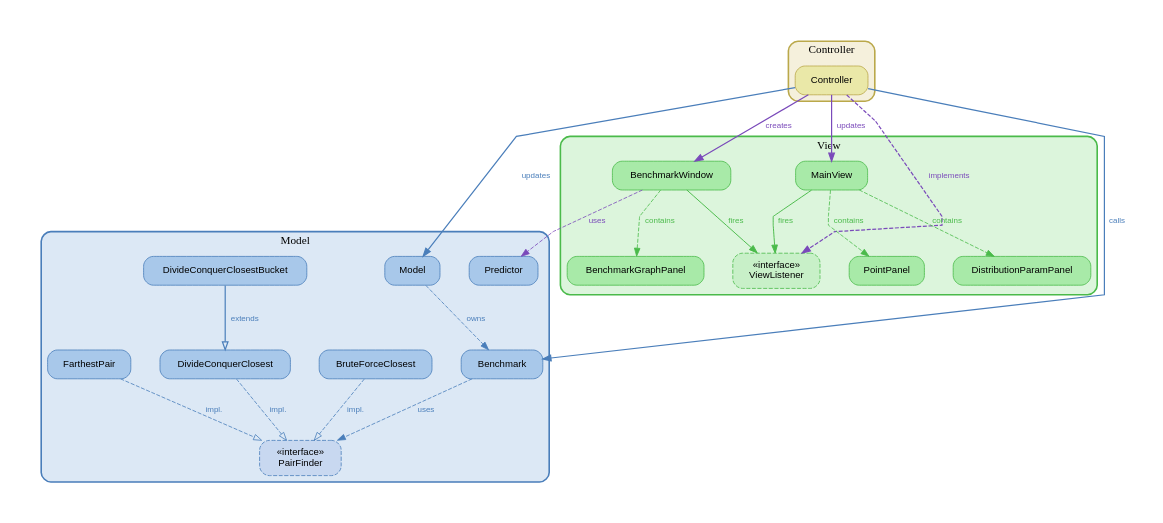
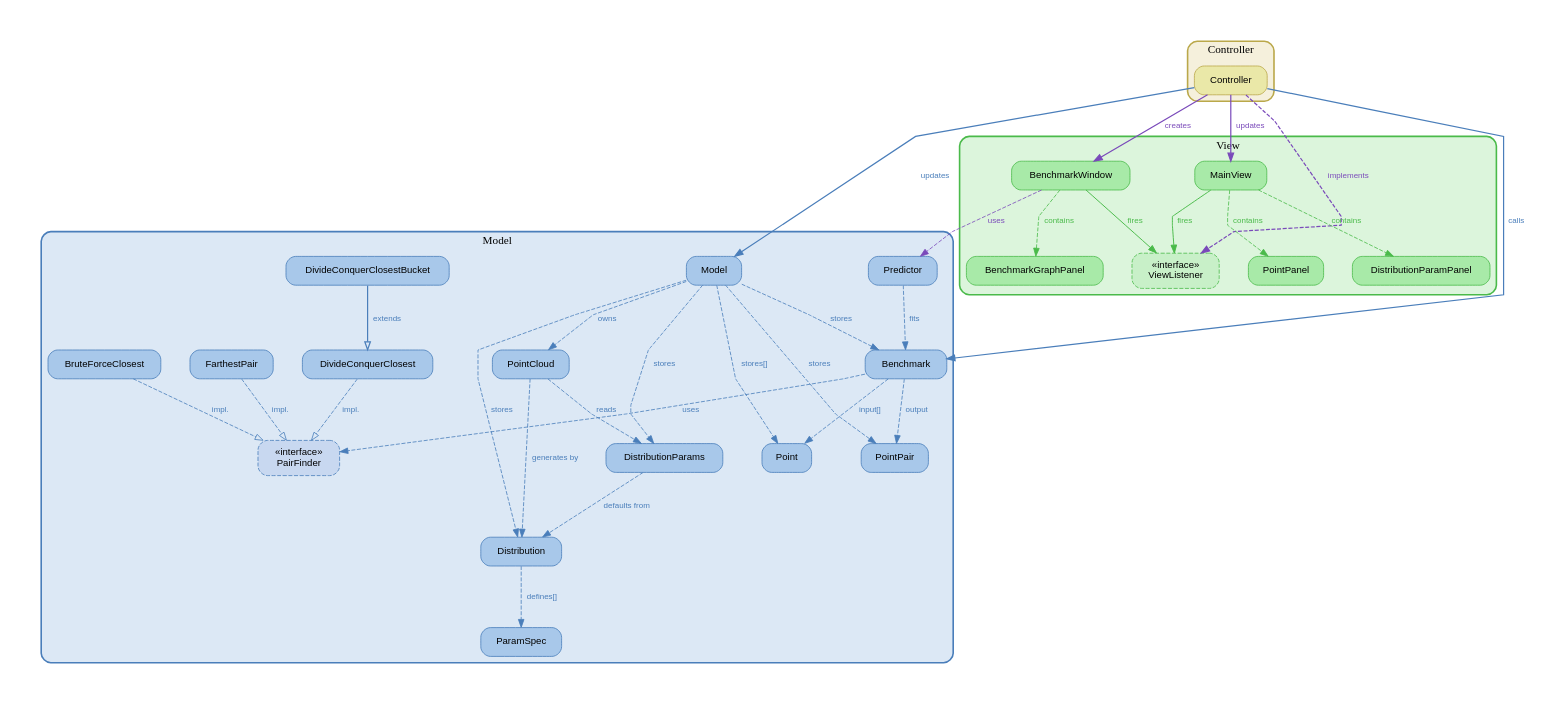
One commit to serafi-nebot-uib/AA changed the diagram in P3/memoria/mvc.dot. Above: the diagram before and after it, drawn with Graphviz. The commit also changed 16 other files, not shown here.

```diff
--- a/P3/memoria/mvc.dot
+++ b/P3/memoria/mvc.dot
@@ -1,96 +1,119 @@
 digraph MVC {
     graph [
         bgcolor="#ffffff"
         fontname="Helvetica"
         splines=polyline
         nodesep=0.5
         ranksep=0.9
         pad=0.5
         rankdir=TB
     ]
     node [
         fontname="Helvetica"
         fontsize=12
         style="filled,rounded"
         shape=box
         margin="0.22,0.13"
     ]
     edge [
         fontname="Helvetica"
         fontsize=10
     ]
 
     // ── CONTROLLER ─────────────────────────────────────────
     subgraph cluster_controller {
         label="Controller"
         fontsize=14
         fontname="Helvetica Bold"
         style="filled,rounded"
         fillcolor="#f5f0dc"
         color="#baa84a"
         penwidth=2
 
         Controller [label="Controller", fillcolor="#eae8a8", color="#baa84a"]
     }
 
     // ── MODEL ──────────────────────────────────────────────
     subgraph cluster_model {
         label="Model"
         fontsize=14
         fontname="Helvetica Bold"
         style="filled,rounded"
         fillcolor="#dce8f5"
         color="#4a7eba"
         penwidth=2
 
-        Model      [label="Model",                       fillcolor="#a8c8ea", color="#4a7eba"]
-        Benchmark  [label="Benchmark",                   fillcolor="#a8c8ea", color="#4a7eba"]
-        Predictor  [label="Predictor",                   fillcolor="#a8c8ea", color="#4a7eba"]
-        PairFinder [label="«interface»\nPairFinder",     fillcolor="#c8d8f0", color="#4a7eba", style="filled,rounded,dashed"]
-        Brute      [label="BruteForceClosest",           fillcolor="#a8c8ea", color="#4a7eba"]
-        DC         [label="DivideConquerClosest",        fillcolor="#a8c8ea", color="#4a7eba"]
-        DCBucket   [label="DivideConquerClosestBucket",  fillcolor="#a8c8ea", color="#4a7eba"]
-        Farthest   [label="FarthestPair",                fillcolor="#a8c8ea", color="#4a7eba"]
+        Model       [label="Model",                       fillcolor="#a8c8ea", color="#4a7eba"]
+        PointCloud  [label="PointCloud",                  fillcolor="#a8c8ea", color="#4a7eba"]
+        Dist        [label="Distribution",                fillcolor="#a8c8ea", color="#4a7eba"]
+        DistParams  [label="DistributionParams",          fillcolor="#a8c8ea", color="#4a7eba"]
+        ParamSpec   [label="ParamSpec",                   fillcolor="#a8c8ea", color="#4a7eba"]
+        Point       [label="Point",                       fillcolor="#a8c8ea", color="#4a7eba"]
+        PointPair   [label="PointPair",                   fillcolor="#a8c8ea", color="#4a7eba"]
+
+        Benchmark   [label="Benchmark",                   fillcolor="#a8c8ea", color="#4a7eba"]
+        Predictor   [label="Predictor",                   fillcolor="#a8c8ea", color="#4a7eba"]
+        PairFinder  [label="«interface»\nPairFinder",     fillcolor="#c8d8f0", color="#4a7eba", style="filled,rounded,dashed"]
+        Brute       [label="BruteForceClosest",           fillcolor="#a8c8ea", color="#4a7eba"]
+        DC          [label="DivideConquerClosest",        fillcolor="#a8c8ea", color="#4a7eba"]
+        DCBucket    [label="DivideConquerClosestBucket",  fillcolor="#a8c8ea", color="#4a7eba"]
+        Farthest    [label="FarthestPair",                fillcolor="#a8c8ea", color="#4a7eba"]
+
     }
 
     // ── VIEW ───────────────────────────────────────────────
     subgraph cluster_view {
         label="View"
         fontsize=14
         fontname="Helvetica Bold"
         style="filled,rounded"
         fillcolor="#dcf5dc"
         color="#4aba4a"
         penwidth=2
 
         ViewListener      [label="«interface»\nViewListener",      fillcolor="#c8f0c8", color="#4aba4a", style="filled,rounded,dashed"]
         MainView          [label="MainView",                       fillcolor="#a8eaa8", color="#4aba4a"]
         PointPanel        [label="PointPanel",                     fillcolor="#a8eaa8", color="#4aba4a"]
         BenchmarkWindow   [label="BenchmarkWindow",                fillcolor="#a8eaa8", color="#4aba4a"]
         BenchmarkGraph    [label="BenchmarkGraphPanel",            fillcolor="#a8eaa8", color="#4aba4a"]
         DistParam         [label="DistributionParamPanel",         fillcolor="#a8eaa8", color="#4aba4a"]
     }
 
     // ── EDGES: Controller ──────────────────────────────────
     Controller -> ViewListener [label="  implements", color="#7a4aba", fontcolor="#7a4aba", penwidth=1.5, style=dashed]
     Controller -> MainView     [label="  updates",    color="#7a4aba", fontcolor="#7a4aba", penwidth=1.5]
     Controller -> BenchmarkWindow [label="  creates", color="#7a4aba", fontcolor="#7a4aba", penwidth=1.5]
     Controller -> Model        [label="  updates",    color="#4a7eba", fontcolor="#4a7eba", penwidth=1.5]
     Controller -> Benchmark    [label="  calls",      color="#4a7eba", fontcolor="#4a7eba", penwidth=1.5]
 
     // ── EDGES: View ────────────────────────────────────────
     MainView -> ViewListener [label="  fires",    color="#4aba4a", fontcolor="#4aba4a", penwidth=1.2]
     MainView -> PointPanel   [label="  contains", color="#4aba4a", fontcolor="#4aba4a", penwidth=1.0, style=dashed]
     MainView -> DistParam    [label="  contains", color="#4aba4a", fontcolor="#4aba4a", penwidth=1.0, style=dashed]
     BenchmarkWindow -> BenchmarkGraph    [label="  contains", color="#4aba4a", fontcolor="#4aba4a", penwidth=1.0, style=dashed]
     BenchmarkWindow -> ViewListener      [label="  fires",    color="#4aba4a", fontcolor="#4aba4a", penwidth=1.2]
     BenchmarkWindow -> Predictor         [label="  uses",     color="#7a4aba", fontcolor="#7a4aba", penwidth=1.0, style=dashed]
 
     // ── EDGES: Model ───────────────────────────────────────
-    Model     -> Benchmark  [label="  owns",     color="#4a7eba", fontcolor="#4a7eba", penwidth=1.0, style=dashed]
-    Benchmark -> PairFinder [label="  uses",     color="#4a7eba", fontcolor="#4a7eba", penwidth=1.0, style=dashed]
-    Brute     -> PairFinder [label="  impl.",    color="#4a7eba", fontcolor="#4a7eba", penwidth=1.0, style=dashed, arrowhead=empty]
-    DC        -> PairFinder [label="  impl.",    color="#4a7eba", fontcolor="#4a7eba", penwidth=1.0, style=dashed, arrowhead=empty]
-    Farthest  -> PairFinder [label="  impl.",    color="#4a7eba", fontcolor="#4a7eba", penwidth=1.0, style=dashed, arrowhead=empty]
-    DCBucket  -> DC         [label="  extends",  color="#4a7eba", fontcolor="#4a7eba", penwidth=1.5, arrowhead=empty]
+    Model      -> PointCloud [label="  owns",     color="#4a7eba", fontcolor="#4a7eba", penwidth=1.0, style=dashed]
+    Model      -> Dist       [label="  stores",   color="#4a7eba", fontcolor="#4a7eba", penwidth=1.0, style=dashed]
+    Model      -> DistParams [label="  stores",   color="#4a7eba", fontcolor="#4a7eba", penwidth=1.0, style=dashed]
+    Model      -> Point      [label="  stores[]", color="#4a7eba", fontcolor="#4a7eba", penwidth=1.0, style=dashed]
+    Model      -> PointPair  [label="  stores",   color="#4a7eba", fontcolor="#4a7eba", penwidth=1.0, style=dashed]
+    Model      -> Benchmark  [label="  stores",   color="#4a7eba", fontcolor="#4a7eba", penwidth=1.0, style=dashed]
+
+    PointCloud -> Dist       [label="  generates by", color="#4a7eba", fontcolor="#4a7eba", penwidth=1.0, style=dashed]
+    PointCloud -> DistParams [label="  reads",        color="#4a7eba", fontcolor="#4a7eba", penwidth=1.0, style=dashed]
+    Dist       -> ParamSpec  [label="  defines[]",    color="#4a7eba", fontcolor="#4a7eba", penwidth=1.0, style=dashed]
+    DistParams -> Dist       [label="  defaults from",color="#4a7eba", fontcolor="#4a7eba", penwidth=1.0, style=dashed]
+
+    Benchmark  -> PairFinder [label="  uses",     color="#4a7eba", fontcolor="#4a7eba", penwidth=1.0, style=dashed]
+    Benchmark  -> Point      [label="  input[]",  color="#4a7eba", fontcolor="#4a7eba", penwidth=1.0, style=dashed]
+    Benchmark  -> PointPair  [label="  output",   color="#4a7eba", fontcolor="#4a7eba", penwidth=1.0, style=dashed]
+    Predictor  -> Benchmark  [label="  fits",     color="#4a7eba", fontcolor="#4a7eba", penwidth=1.0, style=dashed]
+
+    Brute      -> PairFinder [label="  impl.",    color="#4a7eba", fontcolor="#4a7eba", penwidth=1.0, style=dashed, arrowhead=empty]
+    DC         -> PairFinder [label="  impl.",    color="#4a7eba", fontcolor="#4a7eba", penwidth=1.0, style=dashed, arrowhead=empty]
+    Farthest   -> PairFinder [label="  impl.",    color="#4a7eba", fontcolor="#4a7eba", penwidth=1.0, style=dashed, arrowhead=empty]
+    DCBucket   -> DC         [label="  extends",  color="#4a7eba", fontcolor="#4a7eba", penwidth=1.5, arrowhead=empty]
 }
```
